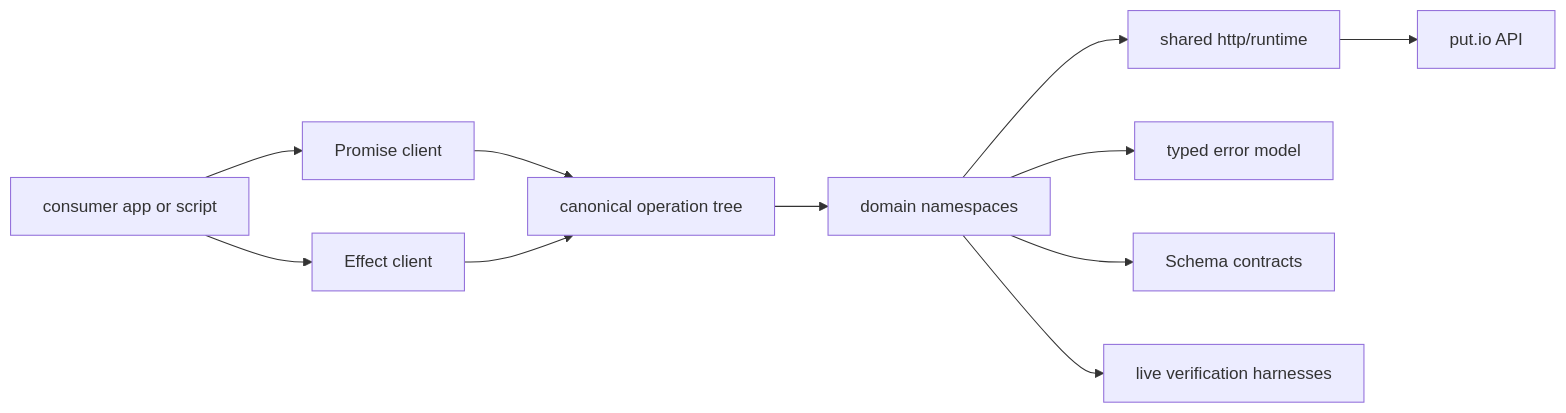
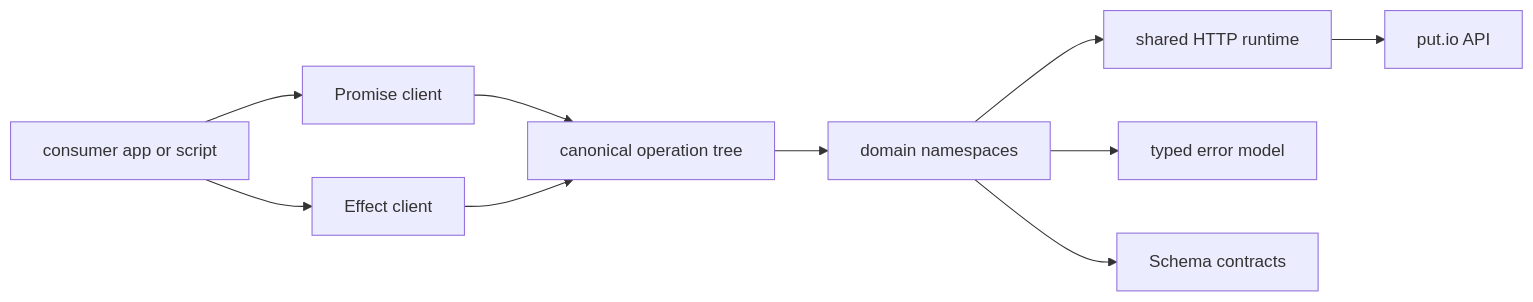
Before and after one commit to putdotio/putio-sdk-typescript: the diagram in docs/architecture.md, drawn with Mermaid. The commit also changed other lines of this file and 9 other files, not shown here.

````diff
--- a/docs/architecture.md
+++ b/docs/architecture.md
@@ -5,13 +3,12 @@
 ```mermaid
 graph LR
   Consumer["consumer app or script"] --> Promise["Promise client"]
   Consumer --> EffectClient["Effect client"]
   Promise --> Operations["canonical operation tree"]
   EffectClient --> Operations
   Operations --> Domains["domain namespaces"]
-  Domains --> Http["shared http/runtime"]
+  Domains --> Http["shared HTTP runtime"]
   Domains --> Errors["typed error model"]
   Domains --> Schemas["Schema contracts"]
   Http --> API["put.io API"]
-  Domains --> Live["live verification harnesses"]
 ```
````
